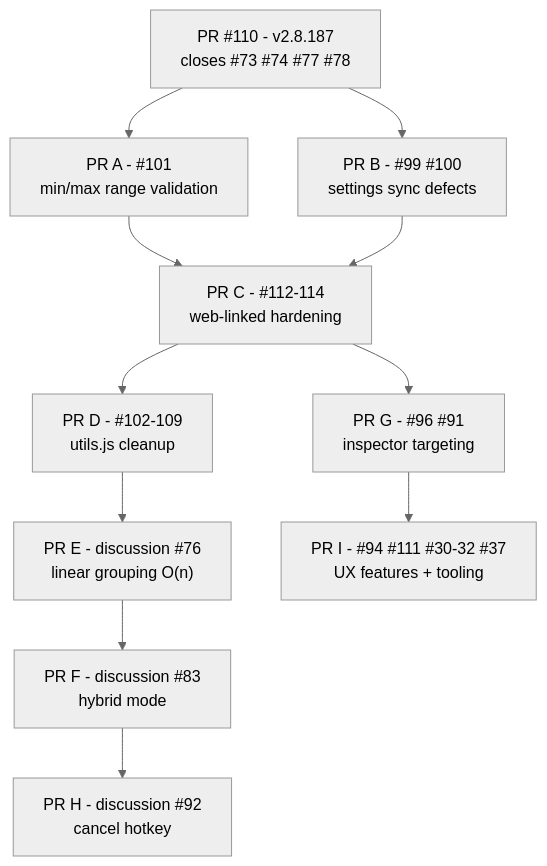
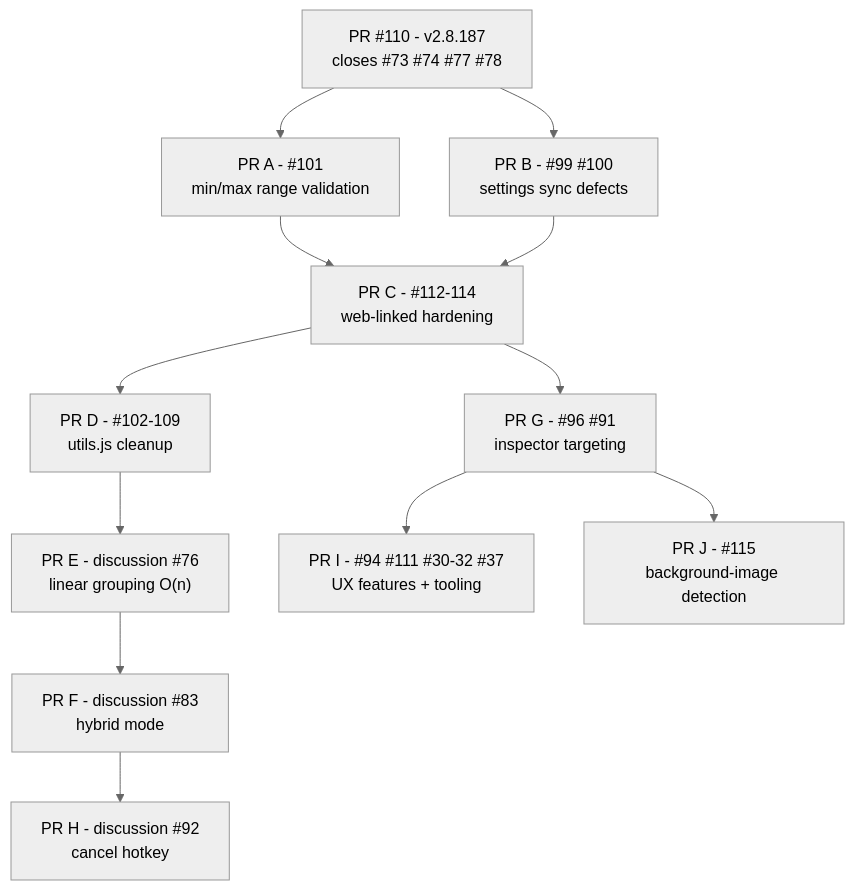
The diagram in docs/ROADMAP.md (del-Pacifico/Mass-Image-Downloader), drawn with Mermaid (neutral theme) before and after one commit. The commit also changed other lines of this file, not shown here.

Commit message:
docs(roadmap): schedule issue #115 as PR J in v2.8.190

````diff
--- a/docs/ROADMAP.md
+++ b/docs/ROADMAP.md
@@ -59,13 +59,14 @@
 ```mermaid
 graph TD
     PR110["PR #110 - v2.8.187<br/>closes #73 #74 #77 #78"] --> PRA["PR A - #101<br/>min/max range validation"]
     PR110 --> PRB["PR B - #99 #100<br/>settings sync defects"]
     PRA --> PRC["PR C - #112-114<br/>web-linked hardening"]
     PRB --> PRC
     PRC --> PRD["PR D - #102-109<br/>utils.js cleanup"]
     PRD --> PRE["PR E - discussion #76<br/>linear grouping O(n)"]
     PRE --> PRF["PR F - discussion #83<br/>hybrid mode"]
     PRC --> PRG["PR G - #96 #91<br/>inspector targeting"]
     PRF --> PRH["PR H - discussion #92<br/>cancel hotkey"]
     PRG --> PRI["PR I - #94 #111 #30-32 #37<br/>UX features + tooling"]
+    PRG --> PRJ["PR J - #115<br/>background-image detection"]
 ```
````
